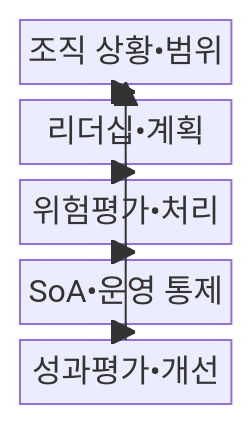
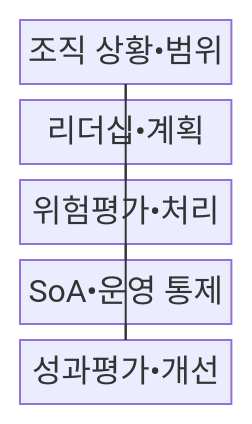
The first of 2 diagrams in src/content/docs/notes/05-security/105_iso_27001.md (agnusdei1207/knowledge-base), drawn with Mermaid before and after one commit. The commit also changed other lines of this file and 493 other files, not shown here.

````diff
--- a/src/content/docs/notes/05-security/105_iso_27001.md
+++ b/src/content/docs/notes/05-security/105_iso_27001.md
@@ -63,14 +63,14 @@
 ```mermaid
-block
+block-beta
   columns 1
   C["조직 상황•범위"]
   L["리더십•계획"]
   R["위험평가•처리"]
   O["SoA•운영 통제"]
   E["성과평가•개선"]
-  C --> L
-  L --> R
-  R --> O
-  O --> E
-  E --> C
+  C --- L
+  L --- R
+  R --- O
+  O --- E
+  E --- C
 ```
````
